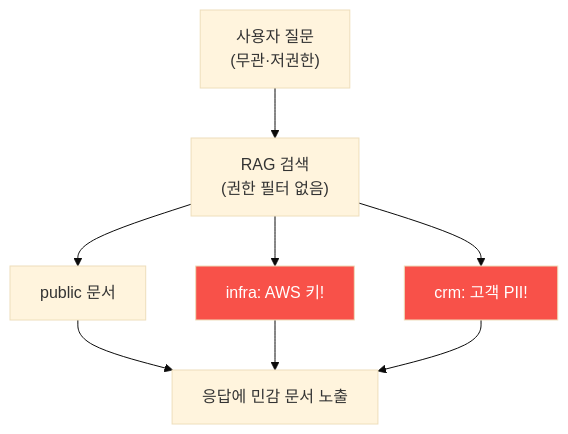
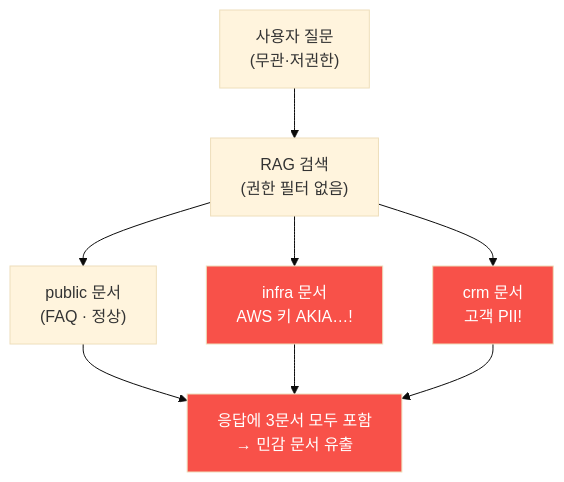
Before and after one commit to mrgrit/tw2: the diagram in contents/training/ai-service-pentest/lecture_week05.md, drawn with Mermaid (base theme). The commit also changed other lines of this file, not shown here.

````diff
--- a/contents/training/ai-service-pentest/lecture_week05.md
+++ b/contents/training/ai-service-pentest/lecture_week05.md
@@ -56,10 +57,13 @@
 ```mermaid
 graph TD
     Q["사용자 질문<br/>(무관·저권한)"] --> R["RAG 검색<br/>(권한 필터 없음)"]
-    R --> D1["public 문서"]
-    R --> D2["infra: AWS 키!"]
-    R --> D3["crm: 고객 PII!"]
-    D1 & D2 & D3 --> A["응답에 민감 문서 노출"]
+    R --> D1["public 문서<br/>(FAQ · 정상)"]
+    R --> D2["infra 문서<br/>AWS 키 AKIA…!"]
+    R --> D3["crm 문서<br/>고객 PII!"]
+    D1 --> A["응답에 3문서 모두 포함<br/>→ 민감 문서 유출"]
+    D2 --> A
+    D3 --> A
     style D2 fill:#f85149,color:#fff
     style D3 fill:#f85149,color:#fff
+    style A fill:#f85149,color:#fff
 ```
````
